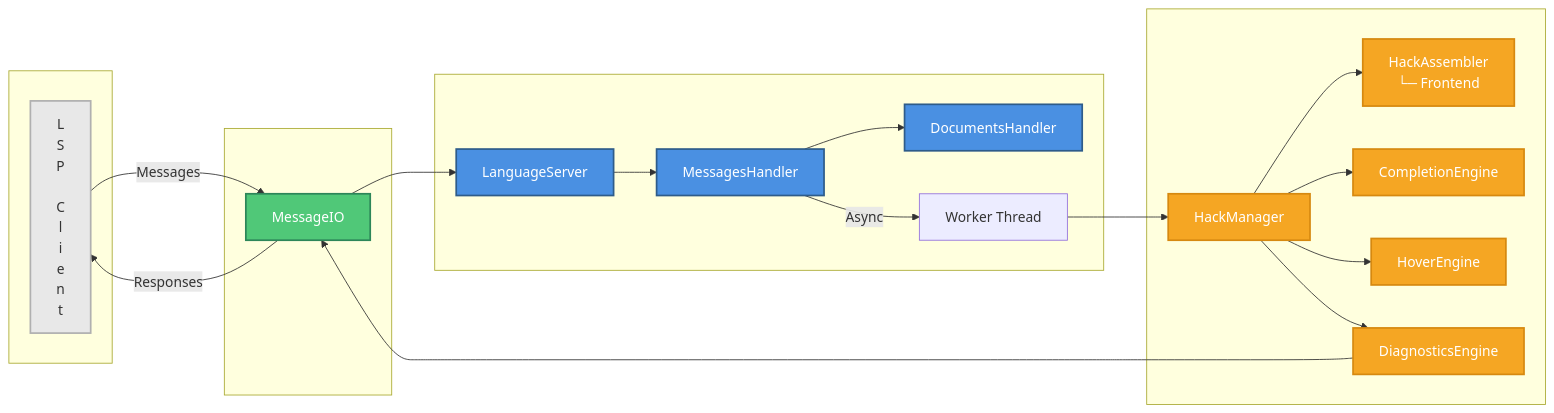
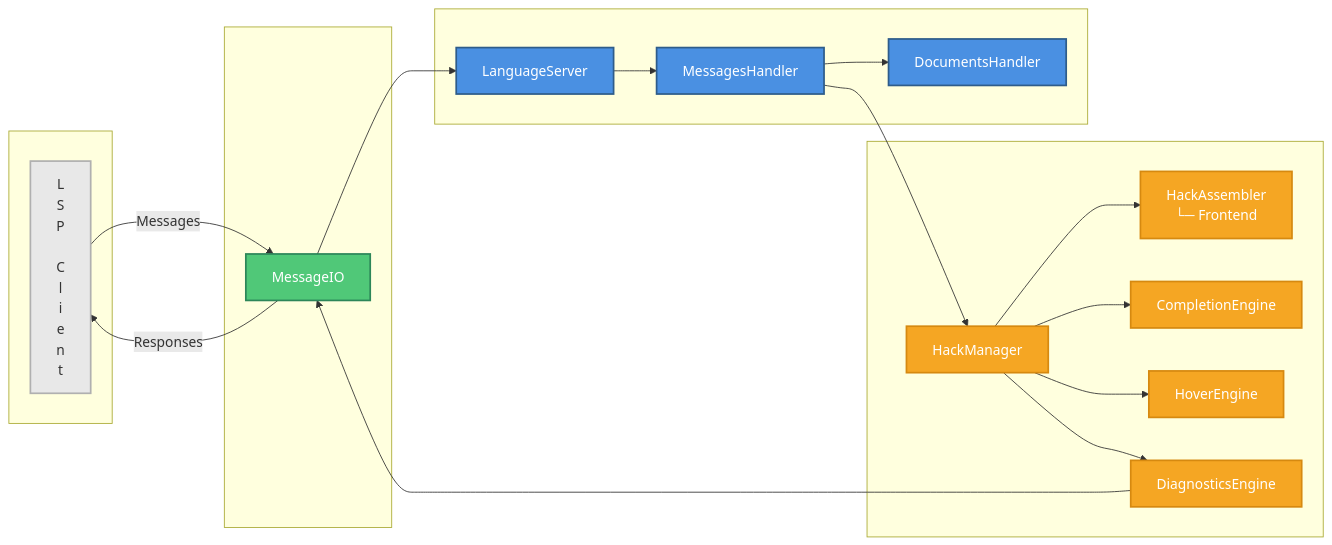
Before and after one commit to enochakinbode/hack-ls: the diagram in docs/architecture.mmd, drawn with Mermaid. The commit also changed 15 other files, not shown here.

Commit message:
Refactor MessagesHandler and DocumentsHandler to improve error logging and thread safety. Update architecture documentation to reflect removal of worker thread and enhance hover functionality. Adjust README to remove asynchronous processing mention and clarify LSP server features.

```diff
--- a/docs/architecture.mmd
+++ b/docs/architecture.mmd
@@ -1,47 +1,45 @@
 graph LR
     subgraph Client[" "]
         LSP[L<br/>S<br/>P<br/><br/>C<br/>l<br/>i<br/>e<br/>n<br/>t]
     end
 
     subgraph Transport[" "]
         IO[MessageIO]
     end
 
     subgraph Core[" "]
         LS[LanguageServer]
         MH[MessagesHandler]
         DH[DocumentsHandler]
-        WT[Worker Thread]
     end
 
     subgraph Hack[" "]
         HM[HackManager]
         HA[HackAssembler<br/>└─ Frontend]
         CE[CompletionEngine]
         HE[HoverEngine]
         DE[DiagnosticsEngine]
     end
 
     LSP -->|Messages| IO
     IO --> LS
     LS --> MH
     MH --> DH
-    MH -->|Async| WT
-    WT --> HM
+    MH --> HM
     HM --> HA
     HM --> CE
     HM --> HE
     HM --> DE
     DE --> IO
     IO -->|Responses| LSP
 
     style LS fill:#4A90E2,stroke:#2E5C8A,stroke-width:2px,color:#fff
     style MH fill:#4A90E2,stroke:#2E5C8A,stroke-width:2px,color:#fff
     style DH fill:#4A90E2,stroke:#2E5C8A,stroke-width:2px,color:#fff
     style HM fill:#F5A623,stroke:#D68910,stroke-width:2px,color:#fff
     style HA fill:#F5A623,stroke:#D68910,stroke-width:2px,color:#fff
     style CE fill:#F5A623,stroke:#D68910,stroke-width:2px,color:#fff
     style HE fill:#F5A623,stroke:#D68910,stroke-width:2px,color:#fff
     style DE fill:#F5A623,stroke:#D68910,stroke-width:2px,color:#fff
     style IO fill:#50C878,stroke:#2D8659,stroke-width:2px,color:#fff
     style LSP fill:#E8E8E8,stroke:#B0B0B0,stroke-width:2px,color:#333
```
